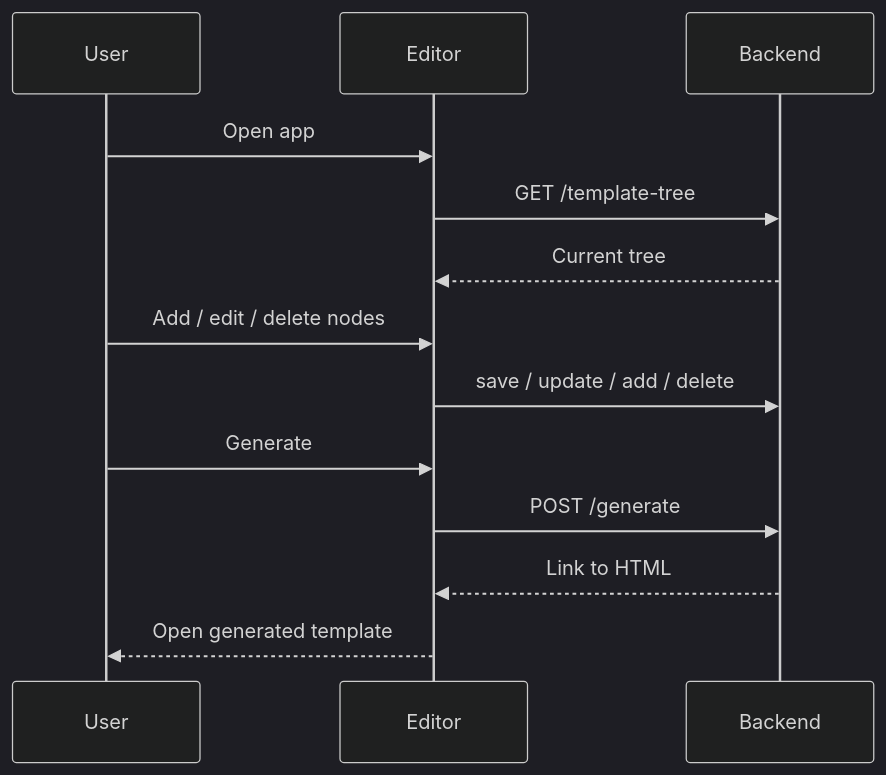
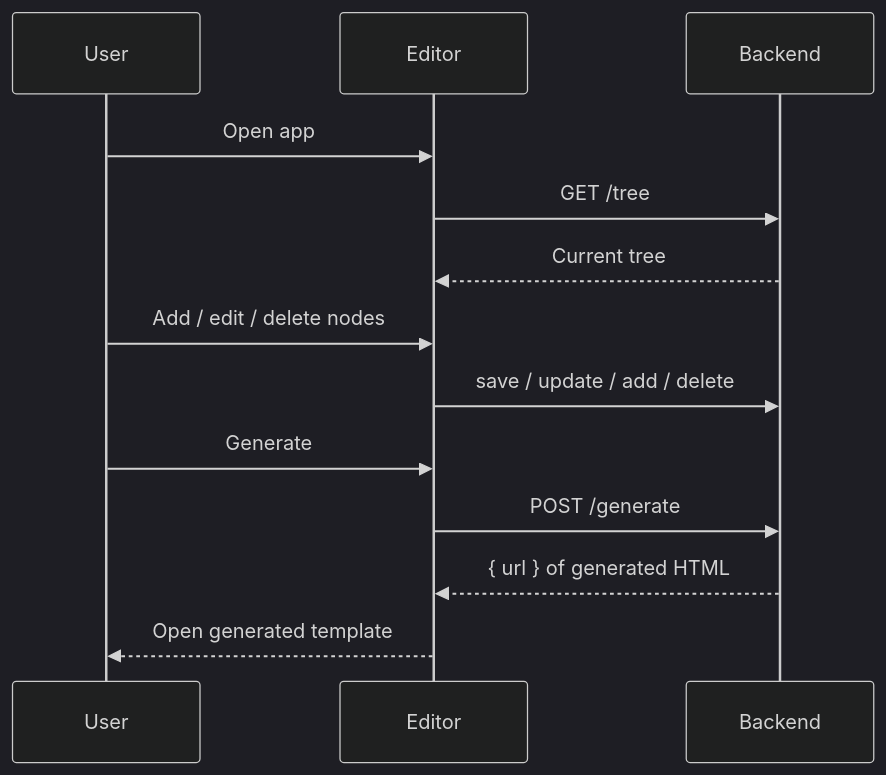
Before and after one commit to LLazyEmail/email-template-editor-reactjs: the second of 3 diagrams in README.md, drawn with Mermaid (dark theme). The commit also changed 7 other files, not shown here.

````diff
--- a/README.md
+++ b/README.md
@@ -60,15 +60,15 @@
 ```mermaid
 sequenceDiagram
   participant U as User
   participant UI as Editor
   participant API as Backend
   U->>UI: Open app
-  UI->>API: GET /template-tree
+  UI->>API: GET /tree
   API-->>UI: Current tree
   U->>UI: Add / edit / delete nodes
   UI->>API: save / update / add / delete
   U->>UI: Generate
   UI->>API: POST /generate
-  API-->>UI: Link to HTML
+  API-->>UI: { url } of generated HTML
   UI-->>U: Open generated template
 ```
````
